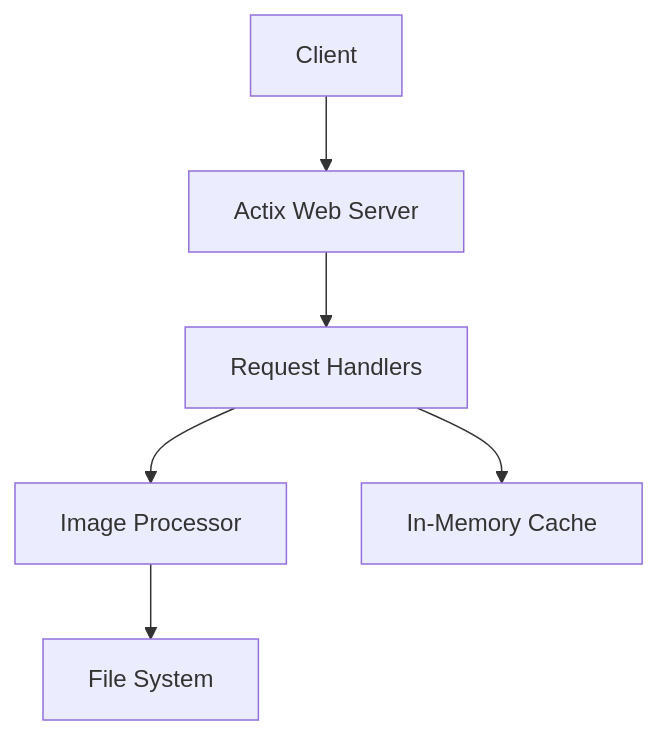
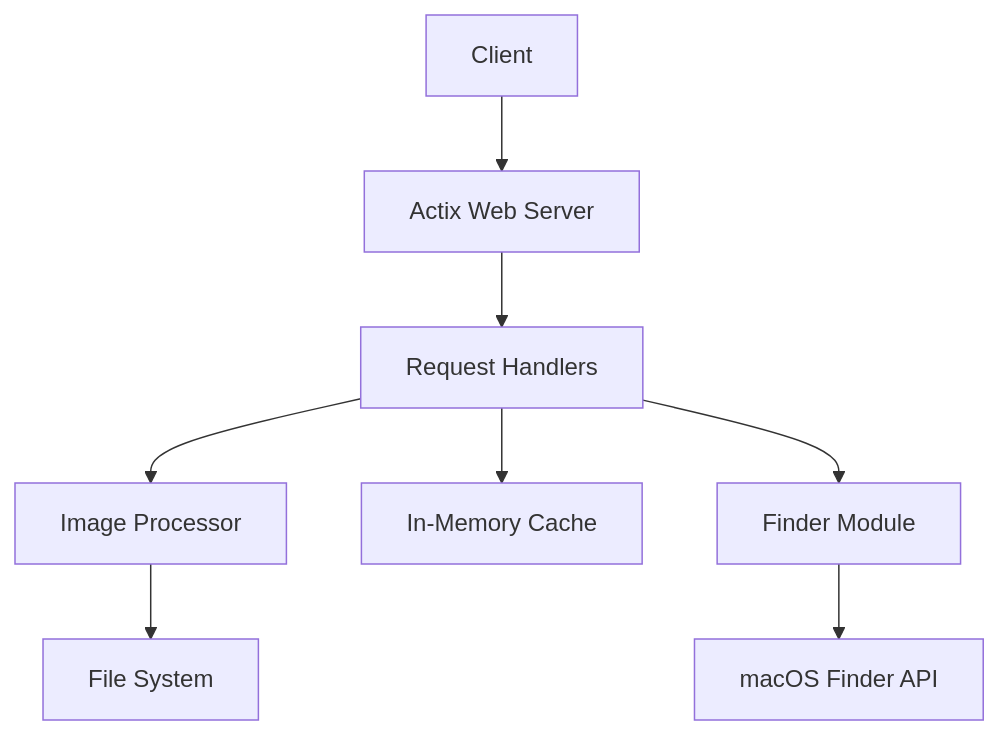
One commit to WJeffBridwell/images-api changed the diagram in README.md. Above: the diagram before and after it, drawn with Mermaid. The commit also changed other lines of this file and 5 other files, not shown here.

````diff
--- a/README.md
+++ b/README.md
@@ -20,8 +23,10 @@
 ```mermaid
 graph TD
     A[Client] --> B[Actix Web Server]
     B --> C[Request Handlers]
     C --> D[Image Processor]
     D --> E[File System]
     C --> F[In-Memory Cache]
+    C --> G[Finder Module]
+    G --> H[macOS Finder API]
 ```
````
